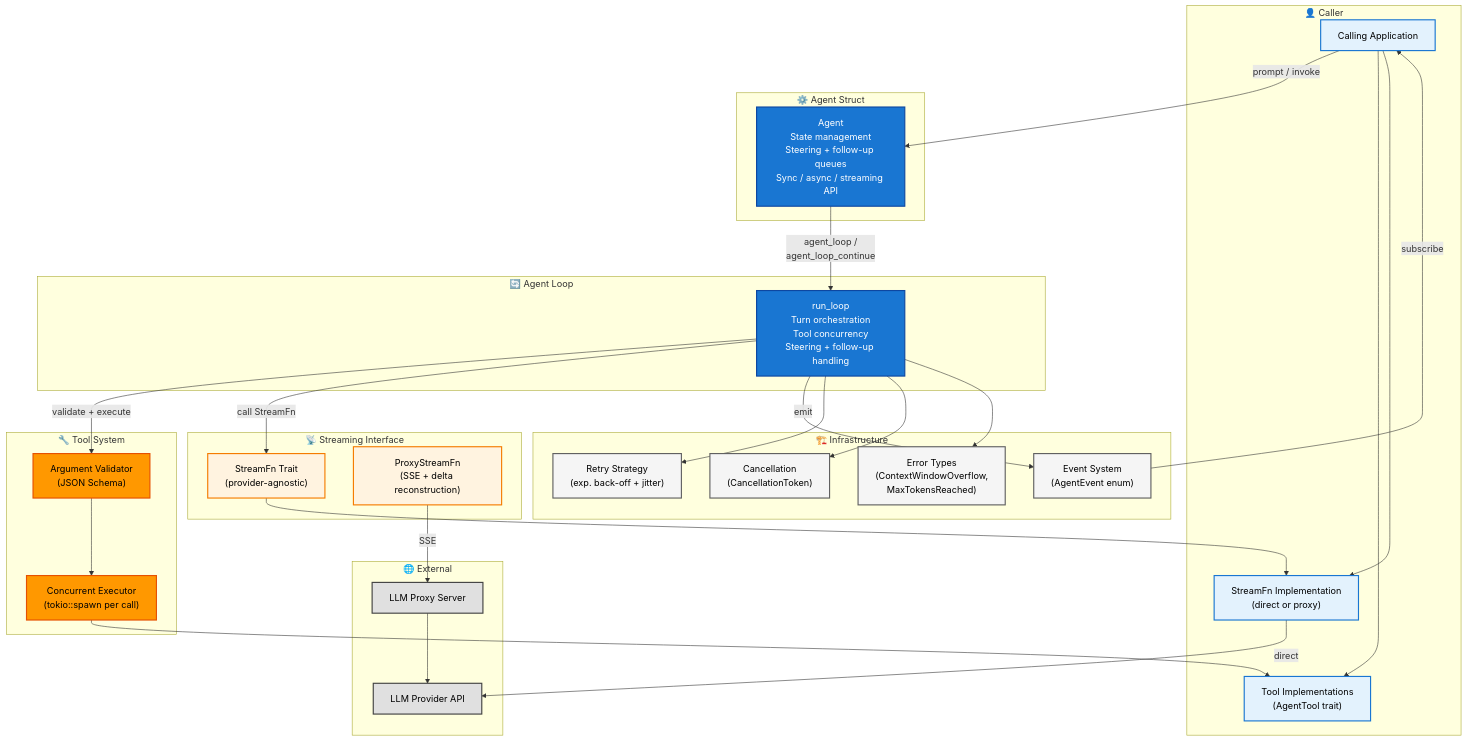
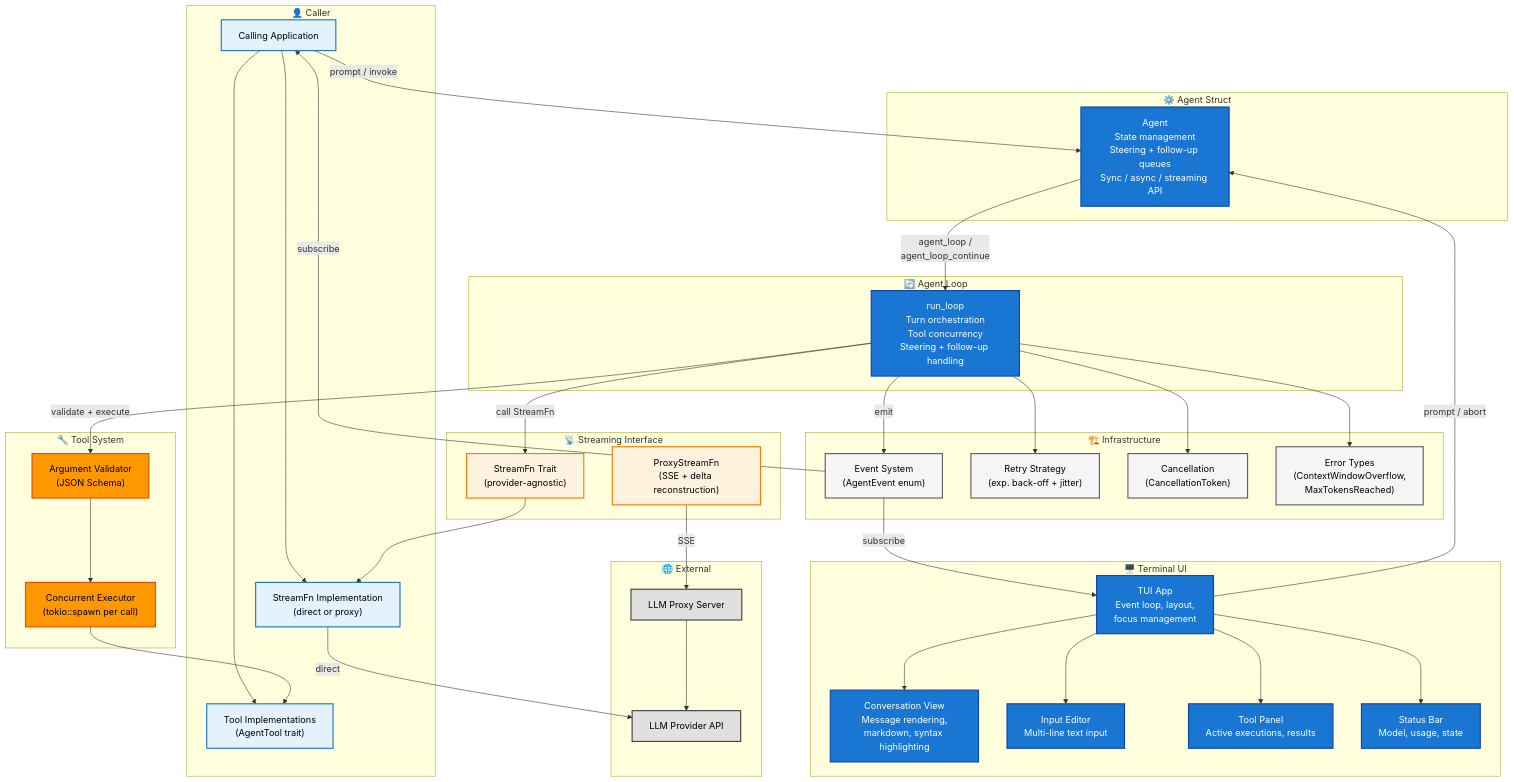
The second of 5 diagrams in docs/architecture/HLD.md (SuperSwinkAI/Swink-Agent), drawn with Mermaid before and after one commit. The commit also changed other lines of this file and 12 other files, not shown here.

````diff
--- a/docs/architecture/HLD.md
+++ b/docs/architecture/HLD.md
@@ -94,6 +97,14 @@
         Errors["Error Types<br/>(ContextWindowOverflow,<br/>MaxTokensReached)"]
     end
 
+    subgraph TUILayer["🖥️ Terminal UI"]
+        TUIApp["TUI App<br/>Event loop, layout,<br/>focus management"]
+        ConvView["Conversation View<br/>Message rendering,<br/>markdown, syntax highlighting"]
+        InputEditor["Input Editor<br/>Multi-line text input"]
+        ToolPanel["Tool Panel<br/>Active executions, results"]
+        StatusBar["Status Bar<br/>Model, usage, state"]
+    end
+
     subgraph ExternalLayer["🌐 External"]
         LLMProvider["LLM Provider API"]
         ProxyServer["LLM Proxy Server"]
@@ -116,6 +127,12 @@
     Loop --> Retry
     Loop --> Cancel
     Loop --> Errors
+    TUIApp -->|"prompt / abort"| Agent
+    Events -->|"subscribe"| TUIApp
+    TUIApp --> ConvView
+    TUIApp --> InputEditor
+    TUIApp --> ToolPanel
+    TUIApp --> StatusBar
 
     classDef callerStyle fill:#e3f2fd,stroke:#1976d2,stroke-width:2px,color:#000
     classDef agentStyle fill:#1976d2,stroke:#0d47a1,stroke-width:2px,color:#fff
@@ -124,6 +141,7 @@
     classDef streamStyle fill:#fff3e0,stroke:#f57c00,stroke-width:2px,color:#000
     classDef infraStyle fill:#f5f5f5,stroke:#616161,stroke-width:2px,color:#000
     classDef externalStyle fill:#e0e0e0,stroke:#424242,stroke-width:2px,color:#000
+    classDef tuiStyle fill:#1976d2,stroke:#0d47a1,stroke-width:2px,color:#fff
 
     class App,Tools,StreamImpl callerStyle
     class Agent agentStyle
@@ -131,5 +149,6 @@
     class Validator,Executor toolStyle
     class StreamFn,ProxyFn streamStyle
     class Events,Retry,Cancel,Errors infraStyle
+    class TUIApp,ConvView,InputEditor,ToolPanel,StatusBar tuiStyle
     class LLMProvider,ProxyServer externalStyle
 ```
````
